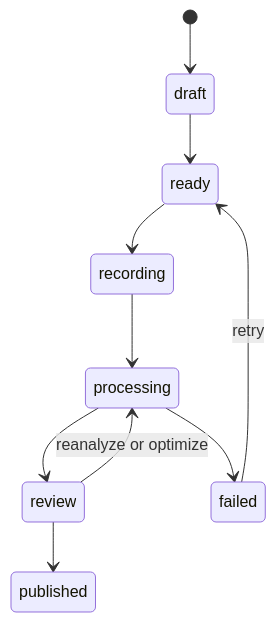
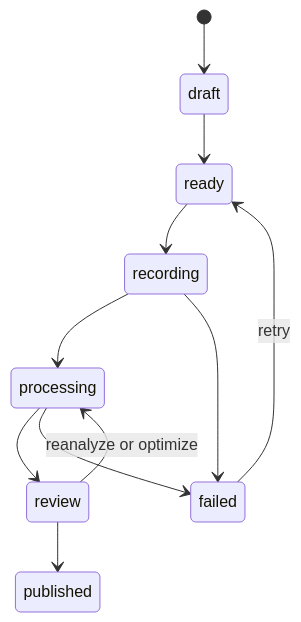
Before and after one commit to Zacxxx/teach: the second of 2 diagrams in documentation/architecture.md, drawn with Mermaid. The commit also changed other lines of this file and 4 other files, not shown here.

````diff
--- a/documentation/architecture.md
+++ b/documentation/architecture.md
@@ -54,12 +54,13 @@
 ```mermaid
 stateDiagram-v2
     [*] --> draft
     draft --> ready
     ready --> recording
     recording --> processing
+    recording --> failed
     processing --> review
     processing --> failed
     review --> processing: reanalyze or optimize
     review --> published
     failed --> ready: retry
 ```
````
